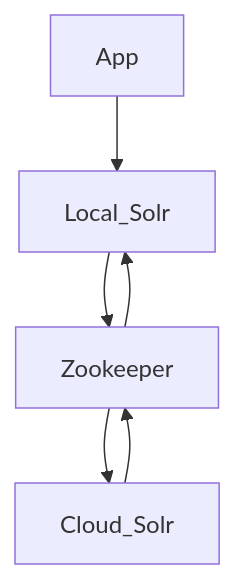
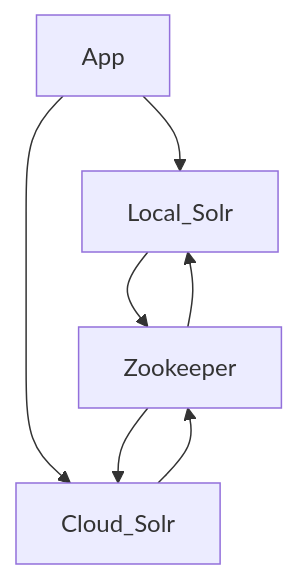
Before and after one commit to ualibraries/ual-geoblacklight: the diagram in README.md, drawn with Mermaid. The commit also changed other lines of this file, not shown here.

````diff
--- a/README.md
+++ b/README.md
@@ -11,8 +11,9 @@
 ```mermaid
   graph TD;
       App-->Local_Solr;
+      App-->Cloud_Solr;
       Local_Solr-->Zookeeper;
+      Cloud_Solr-->Zookeeper;
       Zookeeper-->Local_Solr;
       Zookeeper-->Cloud_Solr;
-      Cloud_Solr-->Zookeeper;
 ```
````
